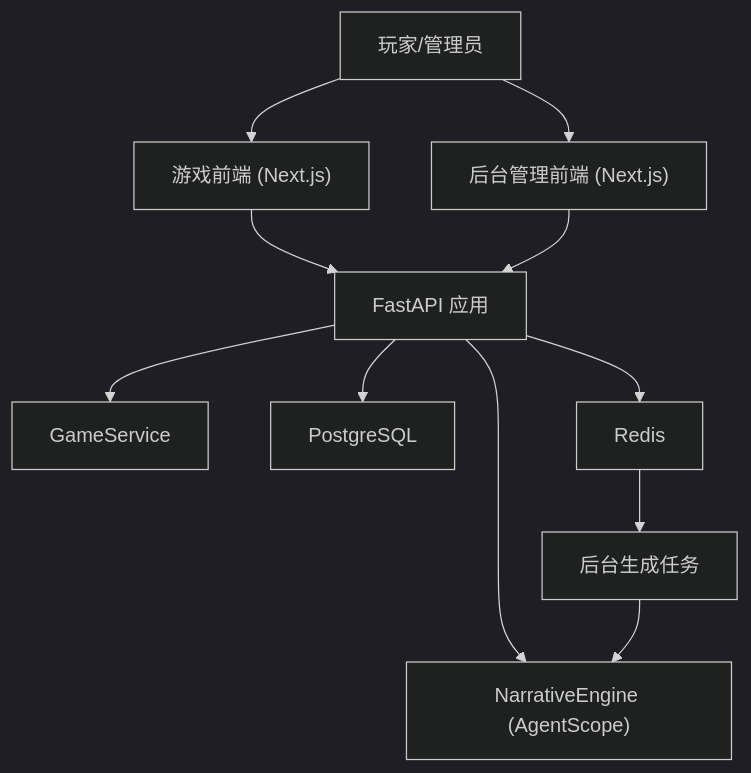
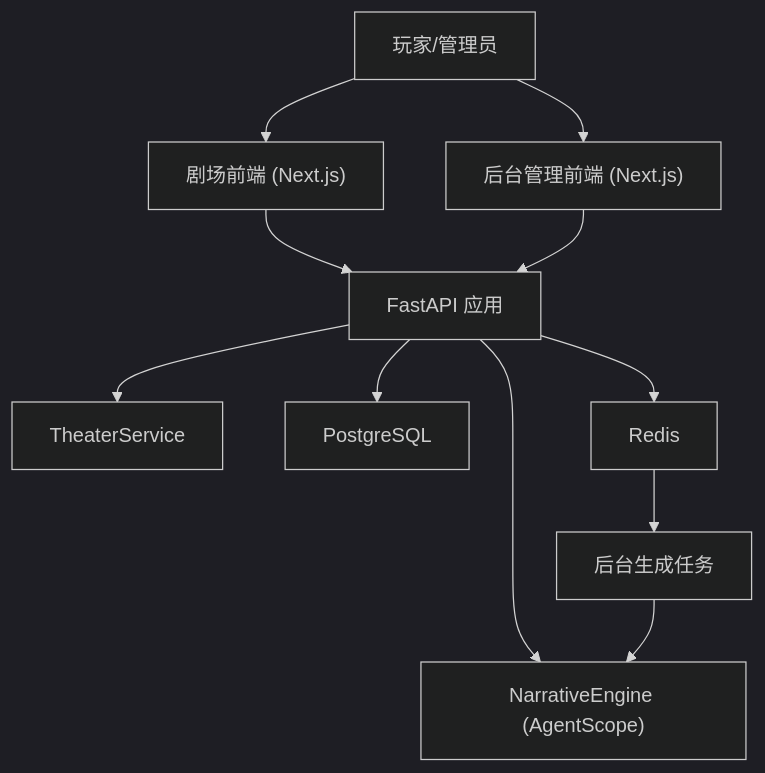
The second of 9 diagrams in .qoder/repowiki/zh/content/后端开发指南/后端开发指南.md (KunLabAI/KunFlix), drawn with Mermaid (dark theme) before and after one commit. The commit also changed other lines of this file and 112 other files, not shown here.

````diff
--- a/.qoder/repowiki/zh/content/后端开发指南/后端开发指南.md
+++ b/.qoder/repowiki/zh/content/后端开发指南/后端开发指南.md
@@ -103,13 +103,13 @@
 ```mermaid
 graph TB
-U["玩家/管理员"] --> GC["游戏前端 (Next.js)"]
+U["玩家/管理员"] --> GC["剧场前端 (Next.js)"]
 U --> AD["后台管理前端 (Next.js)"]
 GC --> FA["FastAPI 应用"]
 AD --> FA
 FA --> NE["NarrativeEngine (AgentScope)"]
-FA --> GS["GameService"]
+FA --> GS["TheaterService"]
 FA --> DB["PostgreSQL"]
 FA --> RD["Redis"]
 RD --> WK["后台生成任务"]
 WK --> NE
 ```
````
